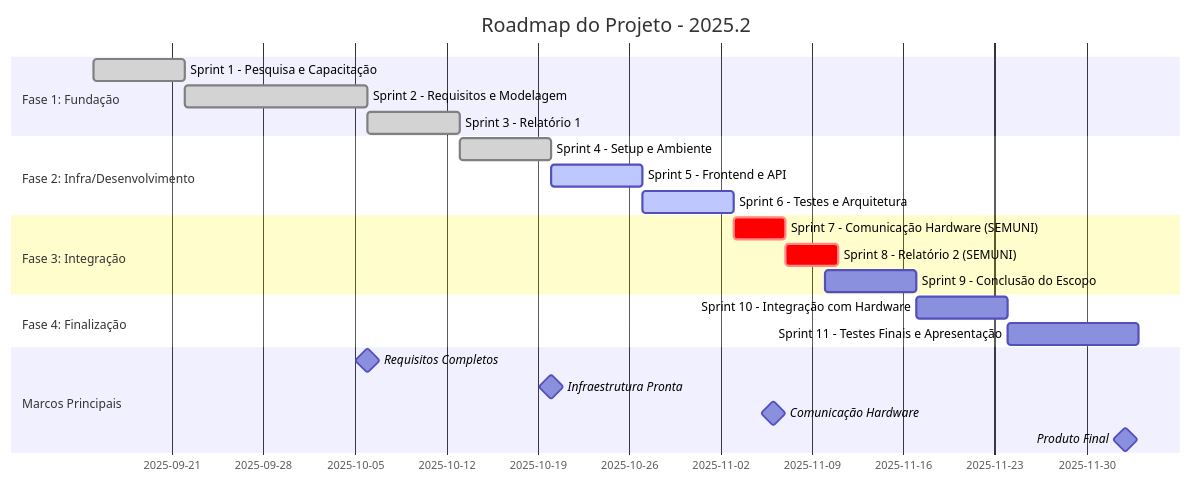
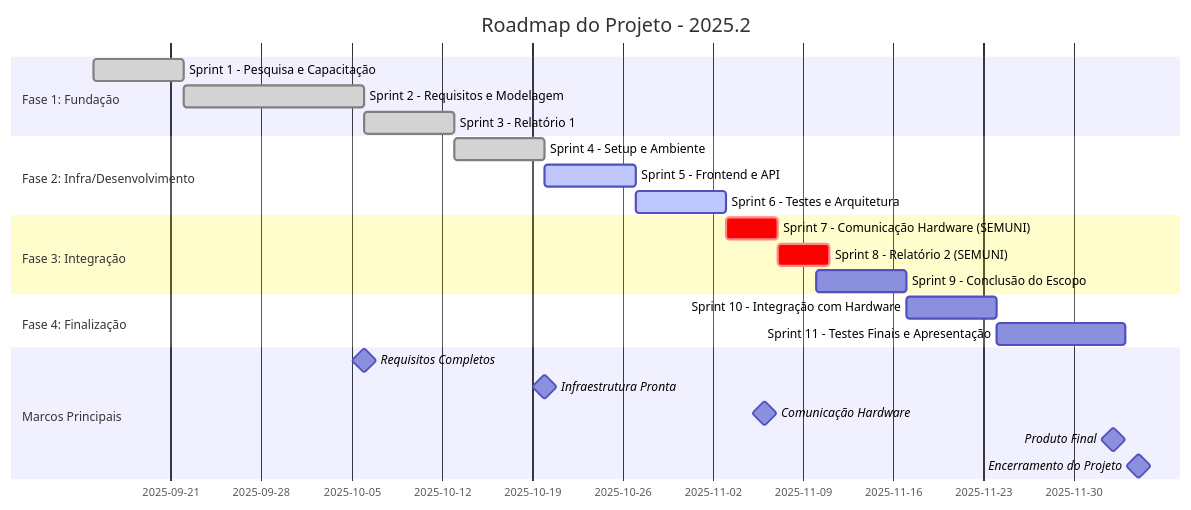
One commit to PI1-2025-FCTE/2025.2-PI-Software-Docs changed the diagram in roadmap.md. Above: the diagram before and after it, drawn with Mermaid. The commit also changed other lines of this file, not shown here.

Commit message:
feat: atualiza roadmap

````diff
--- a/roadmap.md
+++ b/roadmap.md
@@ -434,30 +434,31 @@
 ```mermaid
 gantt
     title Roadmap do Projeto - 2025.2
     dateFormat  DD/MM/YYYY
     
     section Fase 1: Fundação
     Sprint 1 - Pesquisa e Capacitação           :done,    s1, 15/09/2025, 7d
     Sprint 2 - Requisitos e Modelagem           :done,    s2, 22/09/2025, 14d
     Sprint 3 - Relatório 1                      :done,    s3, 06/10/2025, 7d
     
     section Fase 2: Infra/Desenvolvimento
     Sprint 4 - Setup e Ambiente                 :done,    s4, 13/10/2025, 7d
     Sprint 5 - Frontend e API                   :active,  s5, 20/10/2025, 7d
     Sprint 6 - Testes e Arquitetura             :active,  s6, 27/10/2025, 7d
     
     section Fase 3: Integração
     Sprint 7 - Comunicação Hardware (SEMUNI)    :crit,    s7, 03/11/2025, 4d
     Sprint 8 - Relatório 2 (SEMUNI)             :crit,    s8, 07/11/2025, 4d
     Sprint 9 - Conclusão do Escopo              :         s9, 10/11/2025, 7d
     
     section Fase 4: Finalização
     Sprint 10 - Integração com Hardware         :         s10, 17/11/2025, 7d
     Sprint 11 - Testes Finais e Apresentação    :         s11, 24/11/2025, 10d
     
     section Marcos Principais
     Requisitos Completos                        :milestone, m1, 06/10/2025, 0d
     Infraestrutura Pronta                       :milestone, m2, 20/10/2025, 0d
     Comunicação Hardware                        :milestone, m3, 06/11/2025, 0d
     Produto Final                               :milestone, m4, 03/12/2025, 0d
+    Encerramento do Projeto                     :milestone, m4, 05/12/2025, 0d
 ```
````
